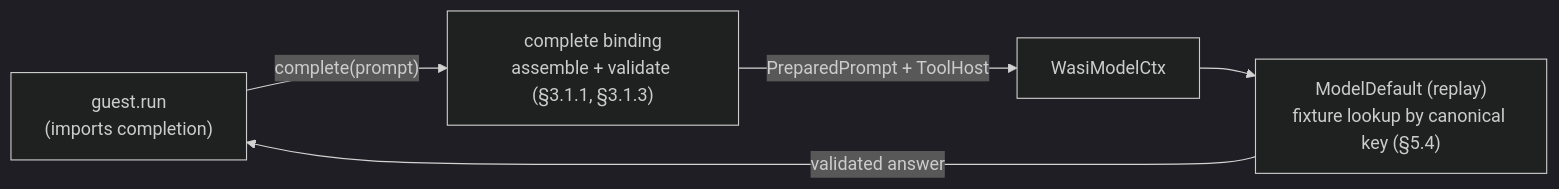
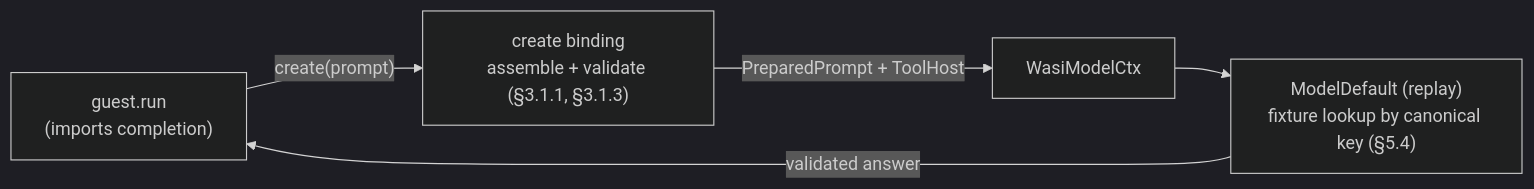
One commit to augentic/omnia changed the diagram in examples/model/README.md. Above: the diagram before and after it, drawn with Mermaid (dark theme). The commit also changed other lines of this file and 200 other files, not shown here.

````diff
--- a/examples/model/README.md
+++ b/examples/model/README.md
@@ -14,7 +14,7 @@
 ```mermaid
 flowchart LR
-  guest["guest.run<br/>(imports completion)"] -->|"complete(prompt)"| bind["complete binding<br/>assemble + validate (§3.1.1, §3.1.3)"]
+  guest["guest.run<br/>(imports completion)"] -->|"create(prompt)"| bind["create binding<br/>assemble + validate (§3.1.1, §3.1.3)"]
   bind -->|"PreparedPrompt + ToolHost"| ctx["WasiModelCtx"]
   ctx --> replay["ModelDefault (replay)<br/>fixture lookup by canonical key (§5.4)"]
   replay -->|"validated answer"| guest
 ```
````
